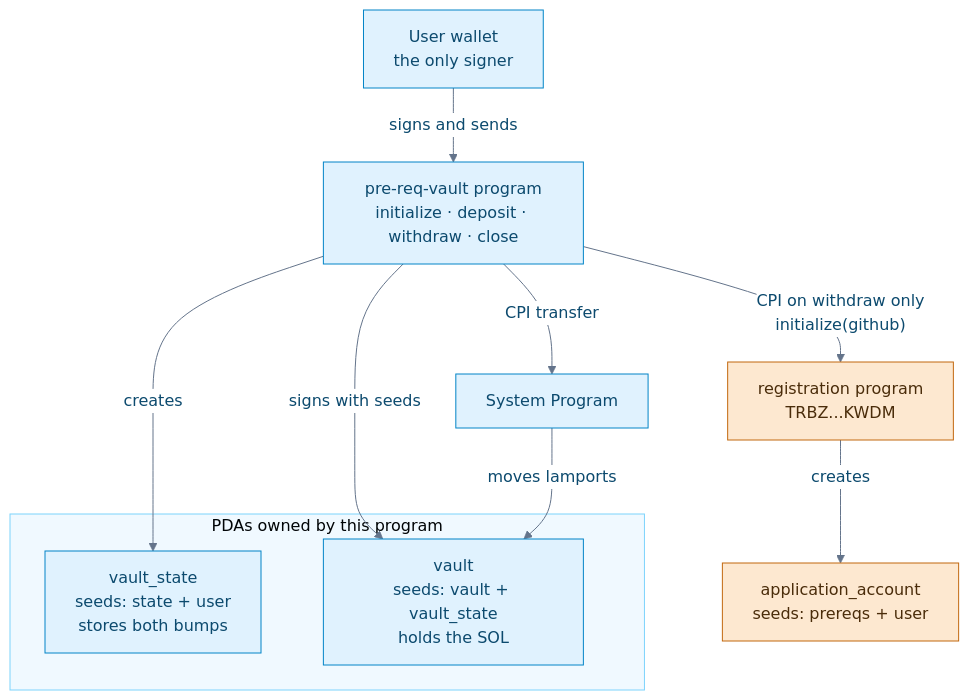
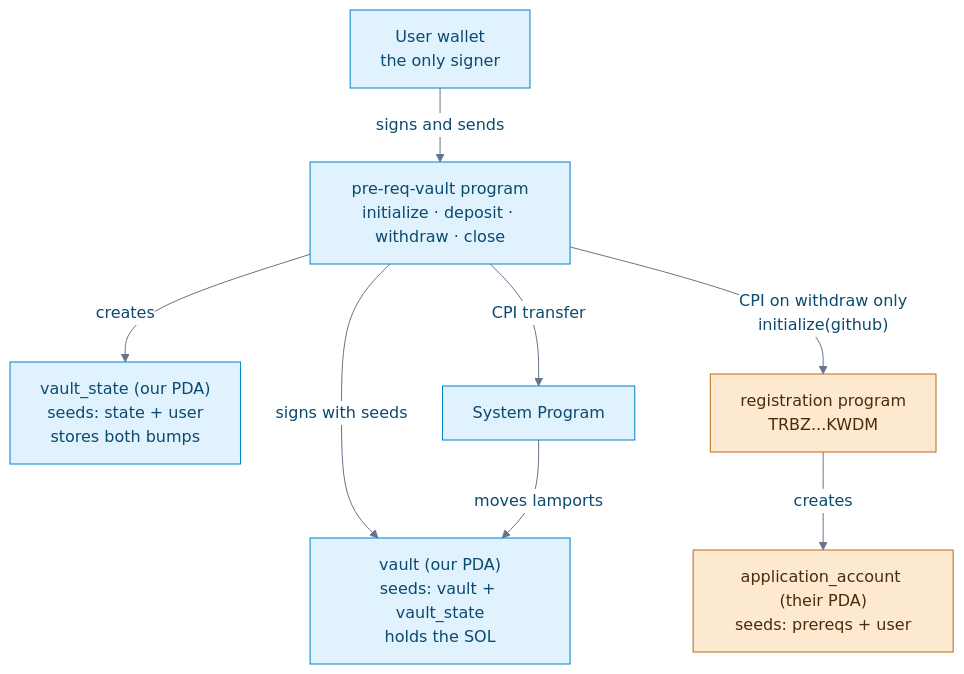
The diagram in README.md (Anshumancanrock/Turbin3), drawn with Mermaid before and after one commit. The commit also changed 1 other file, not shown here.

Commit message:
Drop the subgraph from the diagram
Arrows crossed its boundary and one ran through the label text, which made
the boxes read as broken. Ownership is stated in the node labels instead.

````diff
--- a/README.md
+++ b/README.md
@@ -11,28 +11,24 @@
 ```mermaid
 %%{init: {'theme':'base','themeVariables':{
   'primaryColor':'#e0f2fe','primaryBorderColor':'#0284c7','primaryTextColor':'#0c4a6e',
-  'lineColor':'#64748b','clusterBkg':'#f0f9ff','clusterBorder':'#7dd3fc','edgeLabelBackground':'#ffffff'}}}%%
+  'lineColor':'#64748b','edgeLabelBackground':'#ffffff'}}}%%
 flowchart TD
     U["User wallet<br/>the only signer"]
     P["pre-req-vault program<br/>initialize · deposit · withdraw · close"]
-
-    subgraph owned ["PDAs owned by this program"]
-        VS["vault_state<br/>seeds: state + user<br/>stores both bumps"]
-        V["vault<br/>seeds: vault + vault_state<br/>holds the SOL"]
-    end
-
+    VS["vault_state (our PDA)<br/>seeds: state + user<br/>stores both bumps"]
+    V["vault (our PDA)<br/>seeds: vault + vault_state<br/>holds the SOL"]
     SP["System Program"]
     REG["registration program<br/>TRBZ...KWDM"]
-    APP["application_account<br/>seeds: prereqs + user"]
+    APP["application_account (their PDA)<br/>seeds: prereqs + user"]
 
     U -->|signs and sends| P
     P -->|creates| VS
     P -->|signs with seeds| V
     P -->|CPI transfer| SP
     SP -->|moves lamports| V
     P -->|"CPI on withdraw only<br/>initialize(github)"| REG
     REG -->|creates| APP
 
-    classDef cpi fill:#fde8d0,stroke:#c2680f,color:#4a2c0a
-    class REG,APP cpi
+    classDef ext fill:#fde8d0,stroke:#c2680f,color:#4a2c0a
+    class REG,APP ext
 ```
````
